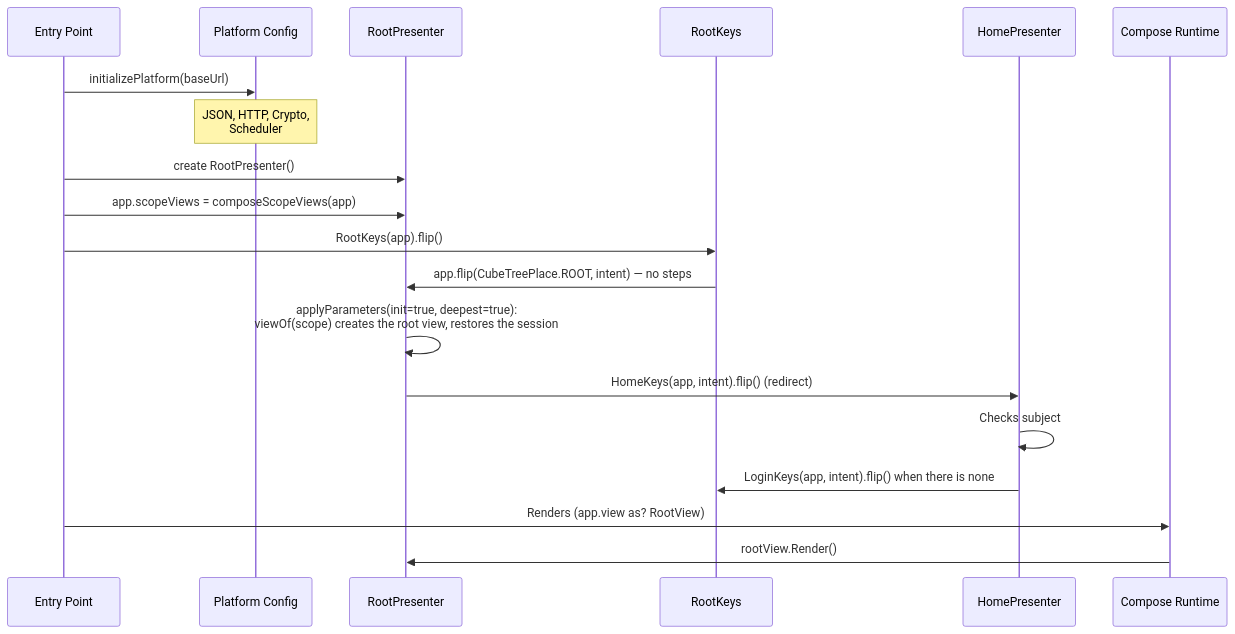
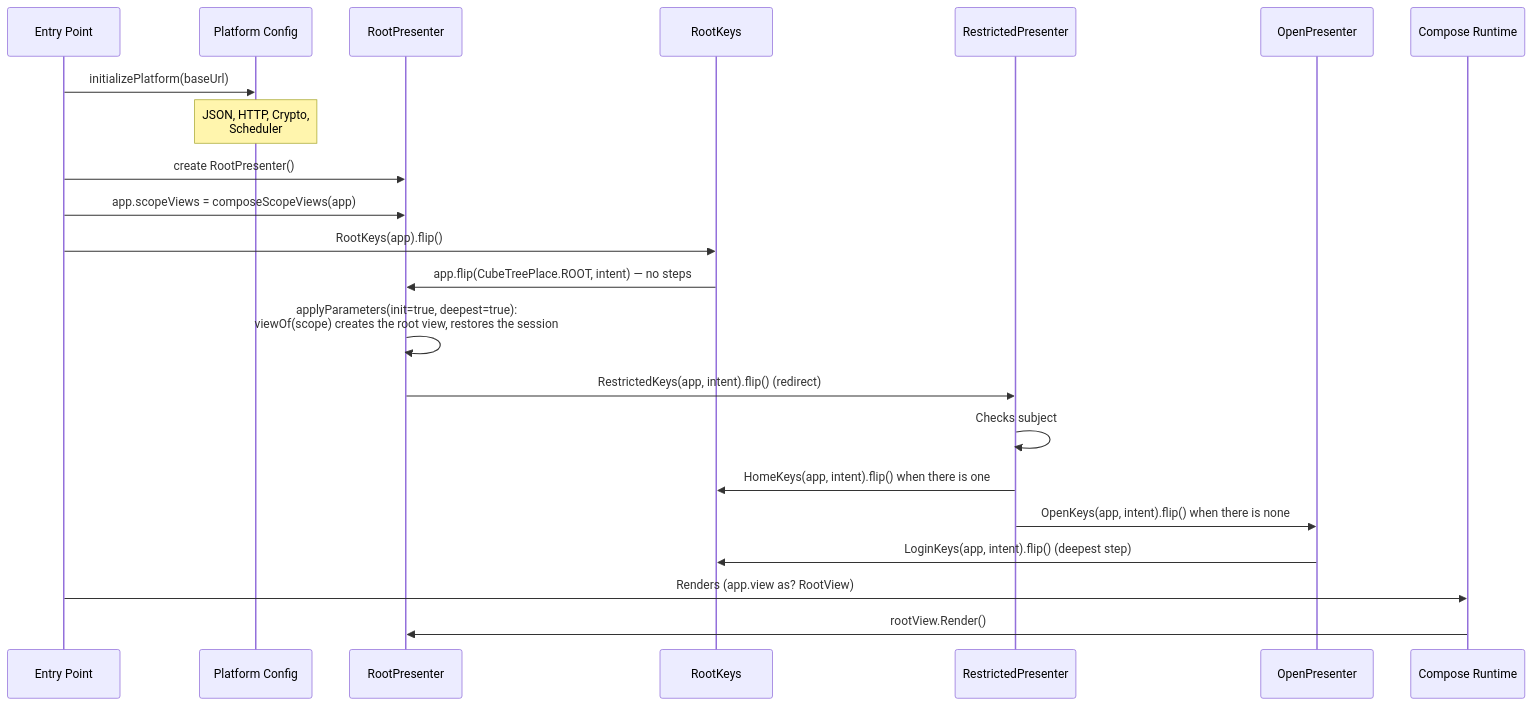
The ninth of 10 diagrams in docs/architecture.md (mrcdom/wdc-cube-kotlin), drawn with Mermaid before and after one commit. The commit also changed other lines of this file and 15 other files, not shown here.

First line of the commit message:
feat(presentation): open and restricted guard places, as in the Java version

````diff
--- a/docs/architecture.md
+++ b/docs/architecture.md
@@ -505,24 +510,27 @@
 ```mermaid
 sequenceDiagram
     participant Main as Entry Point
     participant Platform as Platform Config
     participant App as RootPresenter
     participant Keys as RootKeys
-    participant Home as HomePresenter
+    participant Rs as RestrictedPresenter
+    participant Op as OpenPresenter
     participant Compose as Compose Runtime
 
     Main->>Platform: initializePlatform(baseUrl)
     Note over Platform: JSON, HTTP, Crypto,<br/>Scheduler
 
     Main->>App: create RootPresenter()
     Main->>App: app.scopeViews = composeScopeViews(app)
     Main->>Keys: RootKeys(app).flip()
     Keys->>App: app.flip(CubeTreePlace.ROOT, intent) — no steps
     App->>App: applyParameters(init=true, deepest=true):<br/>viewOf(scope) creates the root view, restores the session
-    App->>Home: HomeKeys(app, intent).flip() (redirect)
-    Home->>Home: Checks subject
-    Home->>Keys: LoginKeys(app, intent).flip() when there is none
+    App->>Rs: RestrictedKeys(app, intent).flip() (redirect)
+    Rs->>Rs: Checks subject
+    Rs->>Keys: HomeKeys(app, intent).flip() when there is one
+    Rs->>Op: OpenKeys(app, intent).flip() when there is none
+    Op->>Keys: LoginKeys(app, intent).flip() (deepest step)
 
     Main->>Compose: Renders (app.view as? RootView)
     Compose->>App: rootView.Render()
 ```
````
